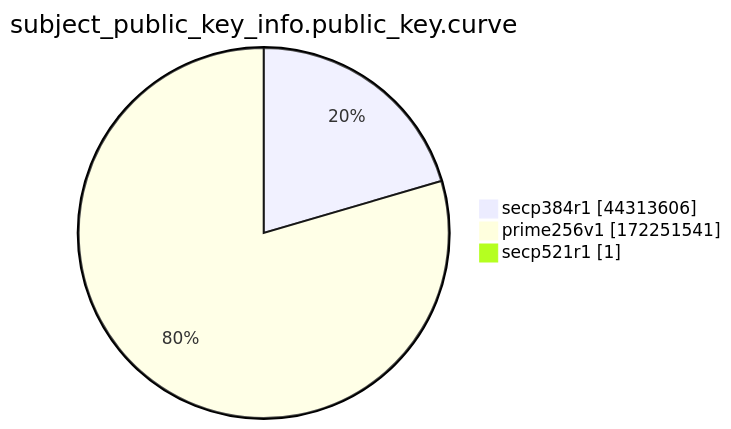
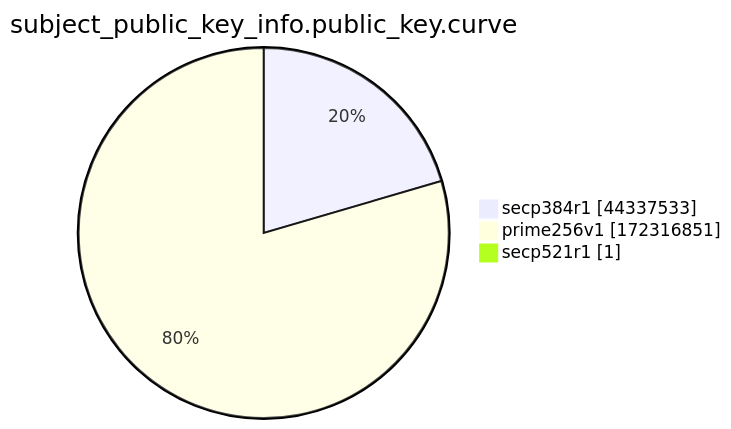
Before and after one commit to christiankrug/ctmonitor_visualization: the ninth of 15 diagrams in xenon2022/README.md, drawn with Mermaid. The commit also changed other lines of this file, not shown here.

````diff
--- a/xenon2022/README.md
+++ b/xenon2022/README.md
@@ -2871,7 +2871,7 @@
 ```mermaid
 pie showData
 title subject_public_key_info.public_key.curve
-"secp384r1" :44313606
-"prime256v1" :172251541
+"secp384r1" :44337533
+"prime256v1" :172316851
 "secp521r1" :1
 ```
````
